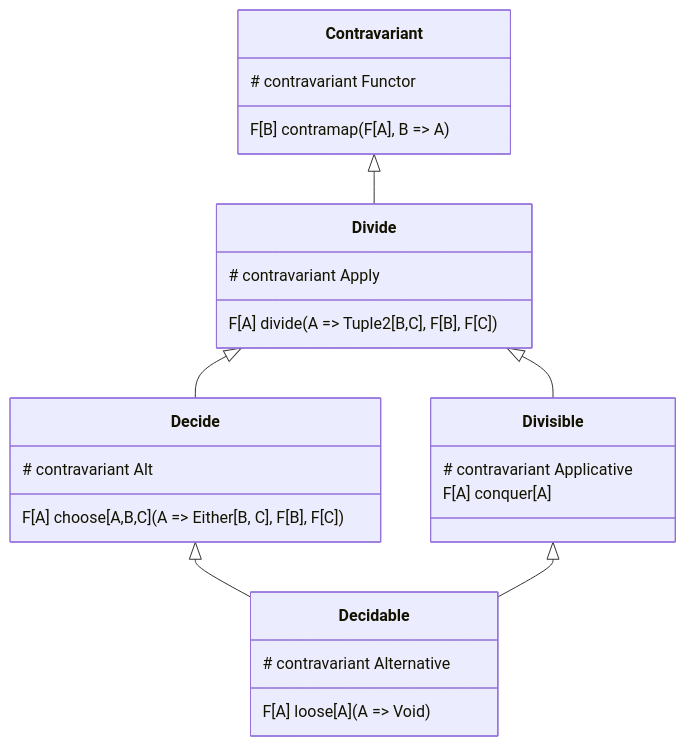
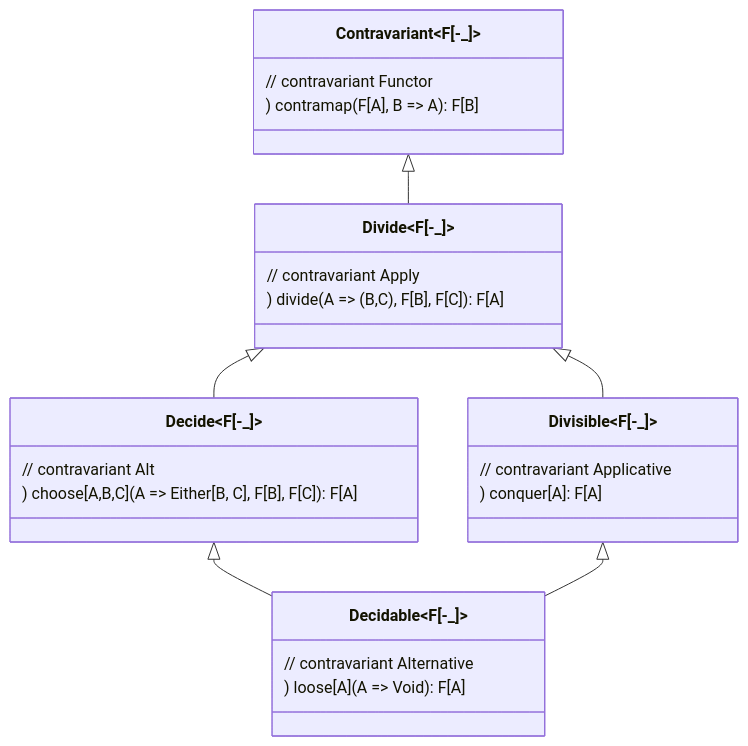
Before and after one commit to lemastero/scala_typeclassopedia: the diagram in Contravariant.MD, drawn with Mermaid. The commit also changed 4 other files, not shown here.

Commit message:
add type parameters to mermaid diagrams using ~

````diff
--- a/Contravariant.MD
+++ b/Contravariant.MD
@@ -1,33 +1,29 @@
 ```mermaid
 classDiagram
-   Contravariant <|-- Divide
-   Divide <|-- Divisible
-   Divide <|-- Decide
-   Decide <|-- Decidable
+   Contravariant~F[-_]~ <|-- Divide~F[-_]~
+   Divide <|-- Divisible~F[-_]~
+   Divide <|-- Decide~F[-_]~
+   Decide <|-- Decidable~F[-_]~
    Divisible <|-- Decidable
 
    class Contravariant {
-     # contravariant Functor  
-     F[B] contramap(F[A], B => A)
+     // contravariant Functor
+     )  contramap(F[A], B => A): F[B]
    }
-
    class Divide {
-     # contravariant Apply 
-     F[A] divide(A => Tuple2[B,C], F[B], F[C])
+     // contravariant Apply
+     )  divide(A => (B,C), F[B], F[C]): F[A]
    }
-
    class Decide {
-     # contravariant Alt  
-     F[A] choose[A,B,C](A => Either[B, C], F[B], F[C])
+     // contravariant Alt  
+     )  choose[A,B,C](A => Either[B, C], F[B], F[C]): F[A]
    }
-
    class Divisible {
-     # contravariant Applicative
-     F[A] conquer[A]
+     // contravariant Applicative
+     )  conquer[A]: F[A]
    }
-
    class Decidable {
-     # contravariant Alternative  
-    F[A] loose[A](A => Void)
+     // contravariant Alternative  
+     )  loose[A](A => Void): F[A]
    }
 ```
````
